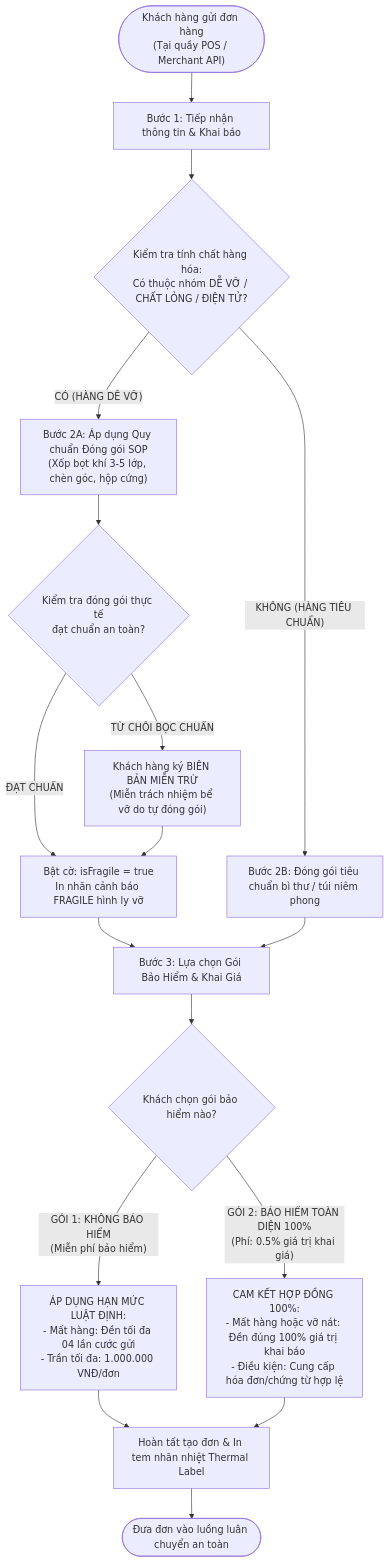
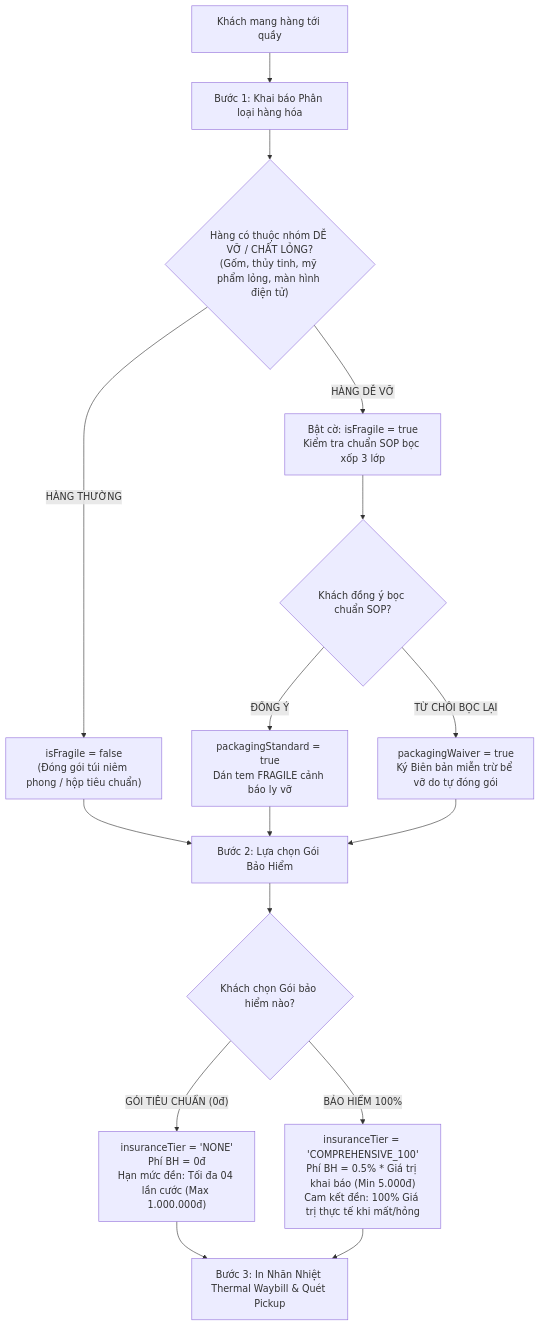
Before and after one commit to VoVanTuTai/logistics-management-system: the second of 2 diagrams in docs/order-intake-fragile-and-insurance-specification.md, drawn with Mermaid. The commit also changed other lines of this file, not shown here.

````diff
--- a/docs/order-intake-fragile-and-insurance-specification.md
+++ b/docs/order-intake-fragile-and-insurance-specification.md
@@ -45,29 +86,27 @@
 ```mermaid
 flowchart TD
-    Start(["Khách hàng gửi đơn hàng<br/>(Tại quầy POS / Merchant API)"]) --> Step1["Bước 1: Tiếp nhận thông tin & Khai báo"]
+    A["Khách mang hàng tới quầy"] --> B["Bước 1: Khai báo Phân loại hàng hóa"]
     
-    Step1 --> CheckFragile{"Kiểm tra tính chất hàng hóa:<br/>Có thuộc nhóm DỄ VỠ / CHẤT LỎNG / ĐIỆN TỬ?"}
+    B --> C{"Hàng có thuộc nhóm DỄ VỠ / CHẤT LỎNG?<br/>(Gốm, thủy tinh, mỹ phẩm lỏng, màn hình điện tử)"}
     
-    CheckFragile -- "CÓ (HÀNG DỄ VỠ)" --> Step2A["Bước 2A: Áp dụng Quy chuẩn Đóng gói SOP<br/>(Xốp bọt khí 3-5 lớp, chèn góc, hộp cứng)"]
-    Step2A --> InspectPackaging{"Kiểm tra đóng gói thực tế<br/>đạt chuẩn an toàn?"}
+    C -- "HÀNG THƯỜNG" --> E["isFragile = false<br/>(Đóng gói túi niêm phong / hộp tiêu chuẩn)"]
     
-    InspectPackaging -- "ĐẠT CHUẨN" --> TagFragile["Bật cờ: isFragile = true<br/>In nhãn cảnh báo FRAGILE hình ly vỡ"]
-    InspectPackaging -- "TỪ CHỐI BỌC CHUẨN" --> SignWaiver["Khách hàng ký BIÊN BẢN MIỄN TRỪ<br/>(Miễn trách nhiệm bể vỡ do tự đóng gói)"]
-    SignWaiver --> TagFragile
+    C -- "HÀNG DỄ VỠ" --> D["Bật cờ: isFragile = true<br/>Kiểm tra chuẩn SOP bọc xốp 3 lớp"]
     
-    CheckFragile -- "KHÔNG (HÀNG TIÊU CHUẨN)" --> Step2B["Bước 2B: Đóng gói tiêu chuẩn bì thư / túi niêm phong"]
+    D --> D1{"Khách đồng ý bọc chuẩn SOP?"}
+    D1 -- "ĐỒNG Ý" --> D2["packagingStandard = true<br/>Dán tem FRAGILE cảnh báo ly vỡ"]
+    D1 -- "TỪ CHỐI BỌC LẠI" --> D3["packagingWaiver = true<br/>Ký Biên bản miễn trừ bể vỡ do tự đóng gói"]
     
-    TagFragile --> Step3["Bước 3: Lựa chọn Gói Bảo Hiểm & Khai Giá"]
-    Step2B --> Step3
+    E --> F["Bước 2: Lựa chọn Gói Bảo Hiểm"]
+    D2 --> F
+    D3 --> F
     
-    Step3 --> CheckInsurance{"Khách chọn gói bảo hiểm nào?"}
+    F --> G{"Khách chọn Gói bảo hiểm nào?"}
     
-    CheckInsurance -- "GÓI 1: KHÔNG BẢO HIỂM<br/>(Miễn phí bảo hiểm)" --> PolicyBasic["ÁP DỤNG HẠN MỨC LUẬT ĐỊNH:<br/>- Mất hàng: Đền tối đa 04 lần cước gửi<br/>- Trần tối đa: 1.000.000 VNĐ/đơn"]
+    G -- "GÓI TIÊU CHUẨN (0đ)" --> H["insuranceTier = 'NONE'<br/>Phí BH = 0đ<br/>Hạn mức đền: Tối đa 04 lần cước (Max 1.000.000đ)"]
     
-    CheckInsurance -- "GÓI 2: BẢO HIỂM TOÀN DIỆN 100%<br/>(Phí: 0.5% giá trị khai giá)" --> Policy100["CAM KẾT HỢP ĐỒNG 100%:<br/>- Mất hàng hoặc vỡ nát: Đền đúng 100% giá trị khai báo<br/>- Điều kiện: Cung cấp hóa đơn/chứng từ hợp lệ"]
+    G -- "BẢO HIỂM 100%" --> I["insuranceTier = 'COMPREHENSIVE_100'<br/>Phí BH = 0.5% * Giá trị khai báo (Min 5.000đ)<br/>Cam kết đền: 100% Giá trị thực tế khi mất/hỏng"]
     
-    PolicyBasic --> Finalize["Hoàn tất tạo đơn & In tem nhãn nhiệt Thermal Label"]
-    Policy100 --> Finalize
-    
-    Finalize --> End(["Đưa đơn vào luồng luân chuyển an toàn"])
+    H --> K["Bước 3: In Nhãn Nhiệt Thermal Waybill & Quét Pickup"]
+    I --> K
 ```
````
